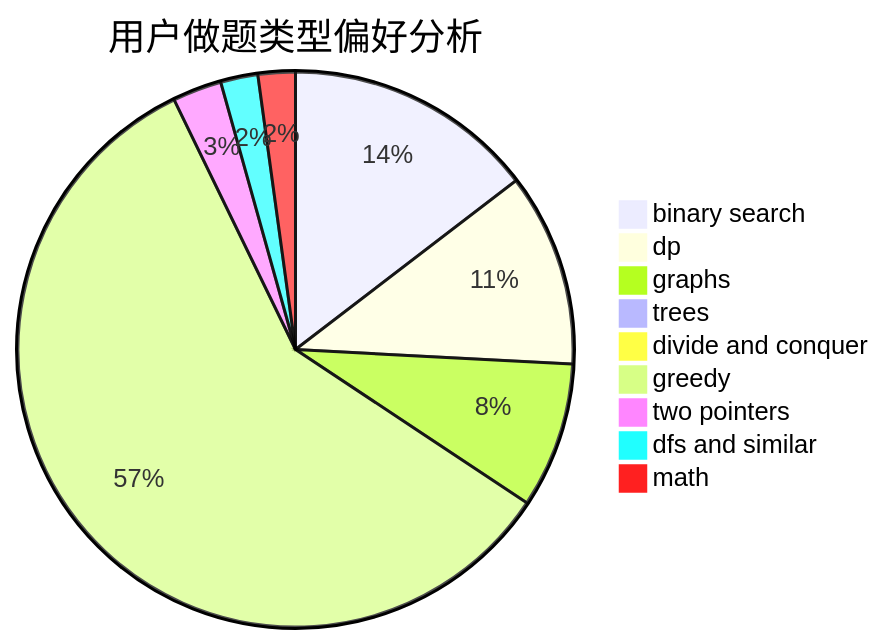
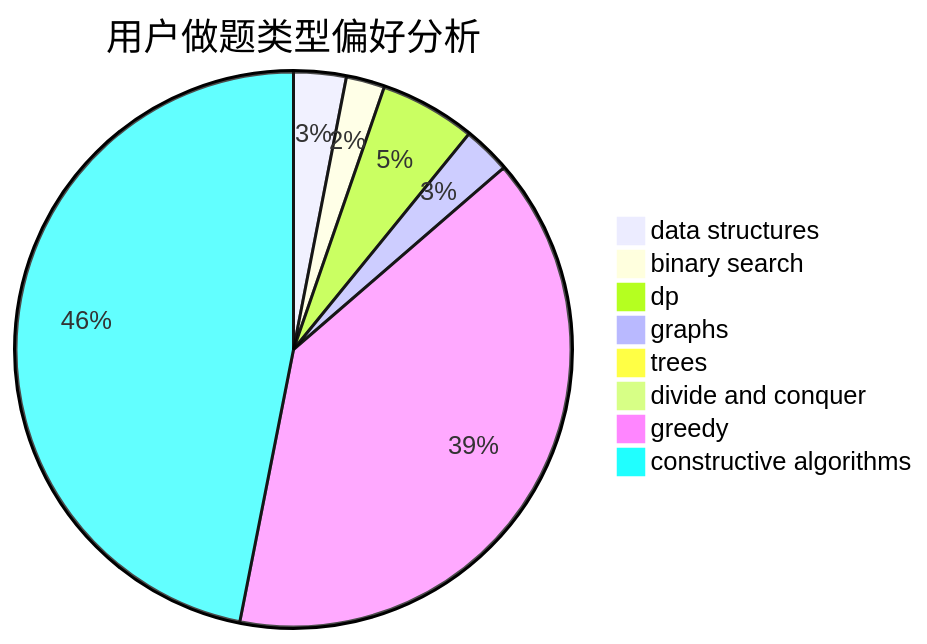
The second of 3 diagrams in docs/user/u2026.md (sherpahu/cfrs.github.io), drawn with Mermaid before and after one commit. The commit also changed other lines of this file and 2775 other files, not shown here.

````diff
--- a/docs/user/u2026.md
+++ b/docs/user/u2026.md
@@ -23,12 +23,11 @@
 ```mermaid
 pie title 用户做题类型偏好分析
-    "binary search" :  148
-    "dp" :  114
-    "graphs" :  86
-    "trees" :  9
+    "data structures" :  34
+    "binary search" :  25
+    "dp" :  62
+    "graphs" :  31
+    "trees" :  6
     "divide and conquer" :  9
-    "greedy" :  593
-    "two pointers" :  29
-    "dfs and similar" :  22
-    "math" :  22
+    "greedy" :  439
+    "constructive algorithms" :  522
 ```
````
